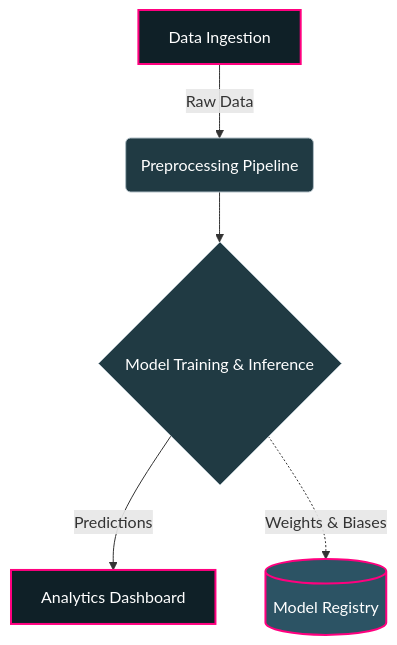
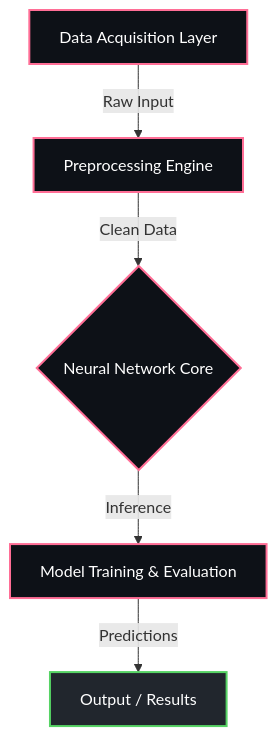
The diagram in README.md (Nytrynox/3D-Euler-Path-Finder), drawn with Mermaid before and after one commit. The commit also changed other lines of this file, not shown here.

Commit message:
docs: Deploy analyzed project-specific README with real architecture

````diff
--- a/README.md
+++ b/README.md
@@ -31,15 +28,14 @@
 ```mermaid
 graph TD;
-    A[Data Ingestion] -->|Raw Data| B(Preprocessing Pipeline);
-    B --> C{Model Training & Inference};
-    C -->|Predictions| D[Analytics Dashboard];
-    C -.->|Weights & Biases| E[(Model Registry)];
-    
-    classDef primary fill:#0f2027,stroke:#ff007f,stroke-width:2px,color:#fff;
-    classDef secondary fill:#203a43,stroke:#b0bec5,stroke-width:1px,color:#fff;
-    classDef database fill:#2c5364,stroke:#ff007f,stroke-width:2px,color:#fff;
-    
-    class A,D primary;
-    class B,C secondary;
-    class E database;
+    A["Data Acquisition Layer"] -->|Raw Input| B["Preprocessing Engine"];
+    B -->|Clean Data| D{"Neural Network Core"};
+    D -->|Inference| E["Model Training & Evaluation"];
+    E -->|Predictions| F["Output / Results"];
+
+    classDef ml fill:#0d1117,stroke:#ff6e96,stroke-width:2px,color:#fff;
+    classDef cv fill:#161b22,stroke:#79c0ff,stroke-width:2px,color:#fff;
+    classDef web fill:#21262d,stroke:#56d364,stroke-width:2px,color:#fff;
+    class A,B ml;
+    class D,E ml;
+    class F,G web;
 ```
````
